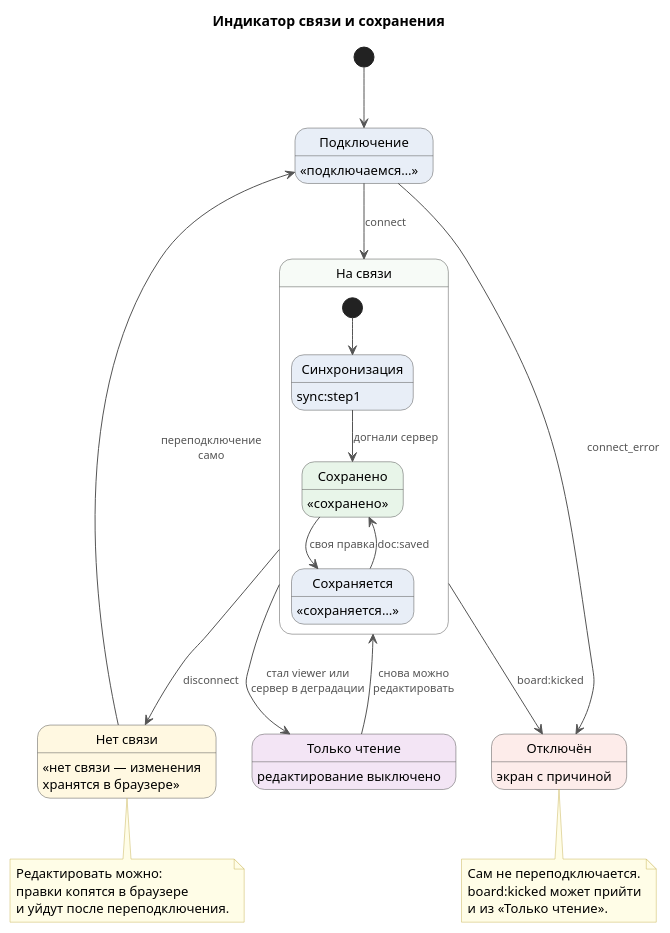
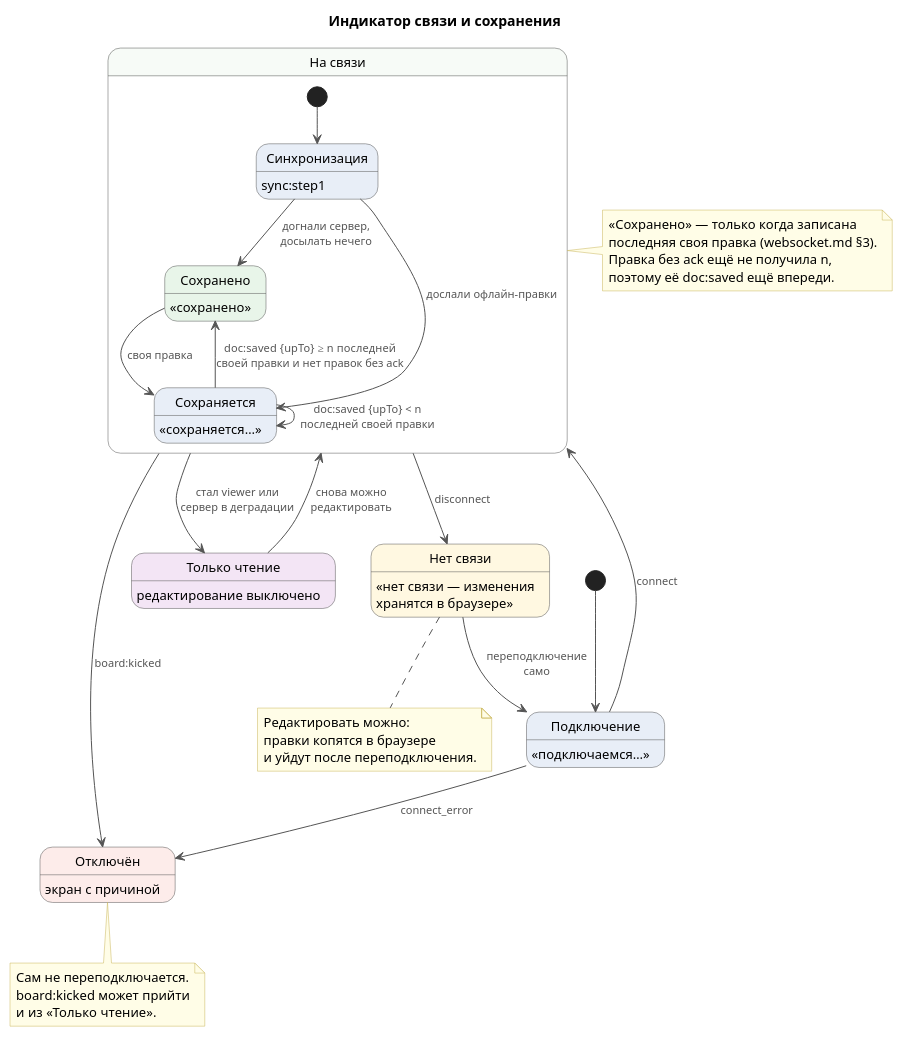
Before and after one commit to fanera-team/fanera: the diagram in docs/system-design/frontend/save-status.puml, drawn with PlantUML. The commit also changed 18 other files, not shown here.

```diff
--- a/docs/system-design/frontend/save-status.puml
+++ b/docs/system-design/frontend/save-status.puml
@@ -1,56 +1,65 @@
 @startuml save-status
 ' Индикатор связи и сохранения на странице доски. Источник — websocket.md §0 п.5, §2–4 (Р-32)
 skinparam shadowing false
 skinparam defaultFontName "Helvetica"
 skinparam defaultFontSize 13
 skinparam ArrowColor #555555
 skinparam ArrowFontSize 11
 skinparam ArrowFontColor #555555
 skinparam state {
   BackgroundColor #E8EEF7
   BorderColor #555555
 }
 skinparam note {
   BackgroundColor #FFFDE7
   BorderColor #C9B458
 }
 title Индикатор связи и сохранения
 
 state "Подключение" as Connecting : «подключаемся…»
 
 state "На связи" as Online #F7FBF7 {
   state "Синхронизация" as Syncing : sync:step1
   state "Сохранено" as Saved #E8F5E9 : «сохранено»
   state "Сохраняется" as Saving : «сохраняется…»
 
   [*] --> Syncing
-  Syncing --> Saved : догнали сервер
+  Syncing --> Saved : догнали сервер,\nдосылать нечего
+  Syncing --> Saving : дослали офлайн-правки
   Saved --> Saving : своя правка
-  Saving --> Saved : doc:saved
+  Saving --> Saving : doc:saved {upTo} < n\nпоследней своей правки
+  Saving --> Saved : doc:saved {upTo} ≥ n последней\nсвоей правки и нет правок без ack
 }
+
+note right of Online
+  «Сохранено» — только когда записана
+  последняя своя правка (websocket.md §3).
+  Правка без ack ещё не получила n,
+  поэтому её doc:saved ещё впереди.
+end note
 
 state "Нет связи" as Offline #FFF8E1 : «нет связи — изменения\nхранятся в браузере»
 state "Только чтение" as ReadOnly #F3E5F5 : редактирование выключено
 state "Отключён" as Closed #FDECEA : экран с причиной
 
 [*] --> Connecting
 Connecting --> Online : connect
 Online --> Offline : disconnect
 Offline --> Connecting : переподключение\nсамо
 Online --> ReadOnly : стал viewer или\nсервер в деградации
 ReadOnly --> Online : снова можно\nредактировать
 Connecting --> Closed : connect_error
 Online --> Closed : board:kicked
 
 note bottom of Offline
   Редактировать можно:
   правки копятся в браузере
   и уйдут после переподключения.
 end note
 
 note bottom of Closed
   Сам не переподключается.
   board:kicked может прийти
   и из «Только чтение».
 end note
 @enduml
```
